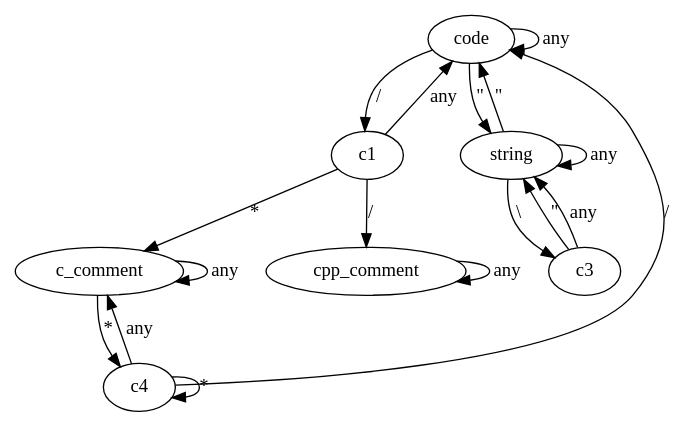
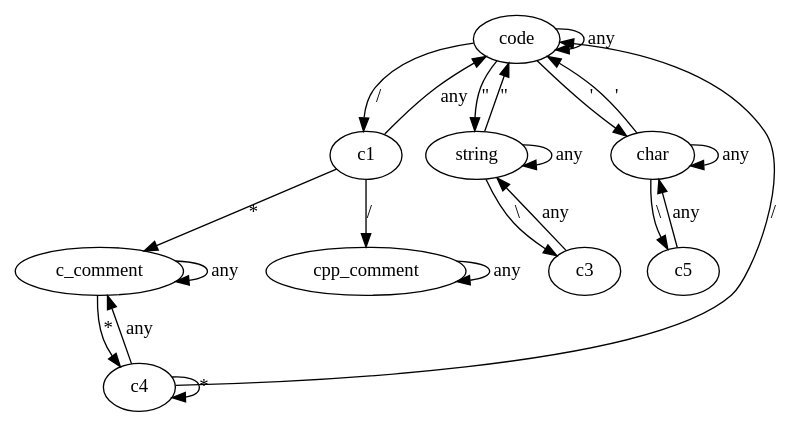
Before and after one commit to DronMDF/paranoid: the diagram in doc/comment.dot, drawn with Graphviz.

Commit message:
dot correction

```diff
--- a/doc/comment.dot
+++ b/doc/comment.dot
@@ -1,29 +1,35 @@
-digraph build {
+// dot -Tpng -o comment.png comment.dot
+
+digraph comment {
 	code -> c1 [label="/"]
 	// code -> c2 [label="\\"]
 	code -> string [label="\""]
+	code -> char [label="\'"]
 	code -> code [label="any"]
 
 	c1 -> c_comment [label="*"]
 	c1 -> cpp_comment [label="/"]
 	c1 -> code [label="any"]
 
 	//c2 -> code [label="\""]
 	//c2 -> code [label="/"]
 	//c2 -> code [label="any"]
 
 	string -> c3 [label="\\"]
 	string -> code [label="\""]
 	string -> string [label="any"]
-	
-	c3 -> string [label="\""]
 	c3 -> string [label="any"]
+
+	char -> c5 [label="\\"]
+	char -> code [label="\'"]
+	char -> char [label="any"]
+	c5 -> char [label="any"]
 
 	cpp_comment -> cpp_comment [label="any"]
 
 	c_comment -> c4 [label="*"]
 	c_comment -> c_comment [label="any"]
 	c4 -> c4 [label="*"]
 	c4 -> code [label="/"]
 	c4 -> c_comment [label="any"]
 }
```
